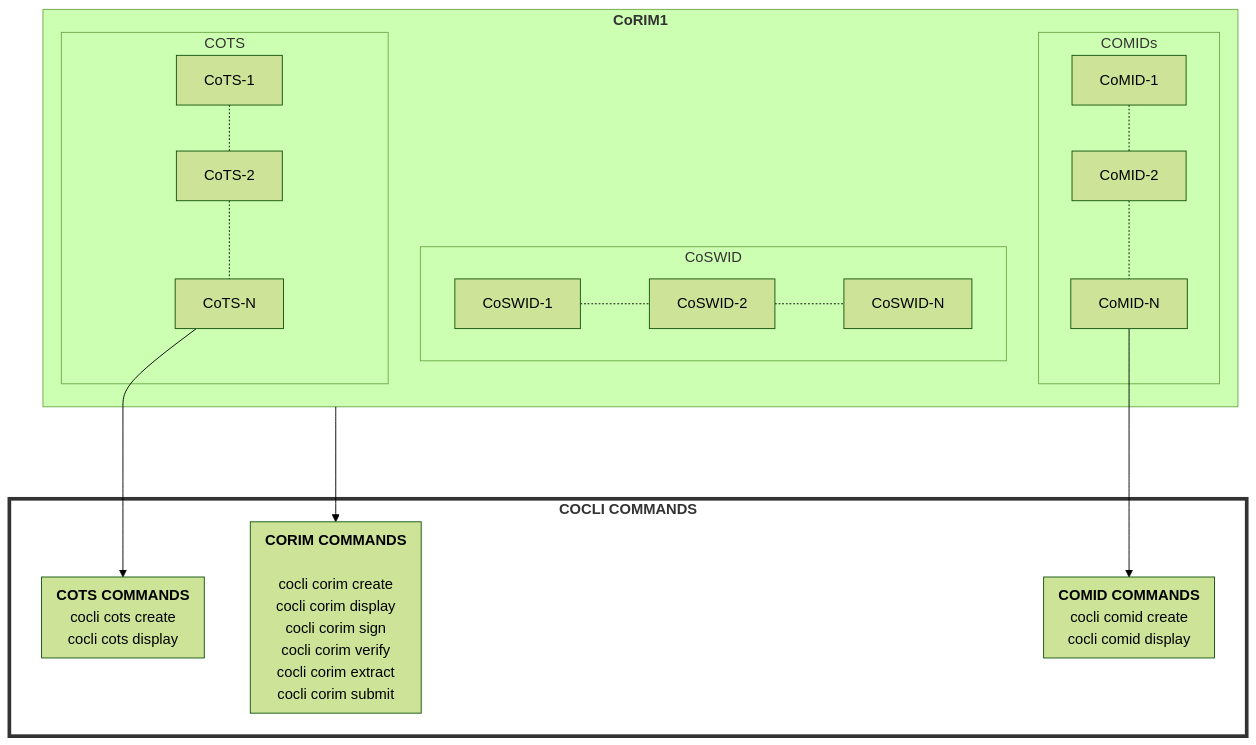
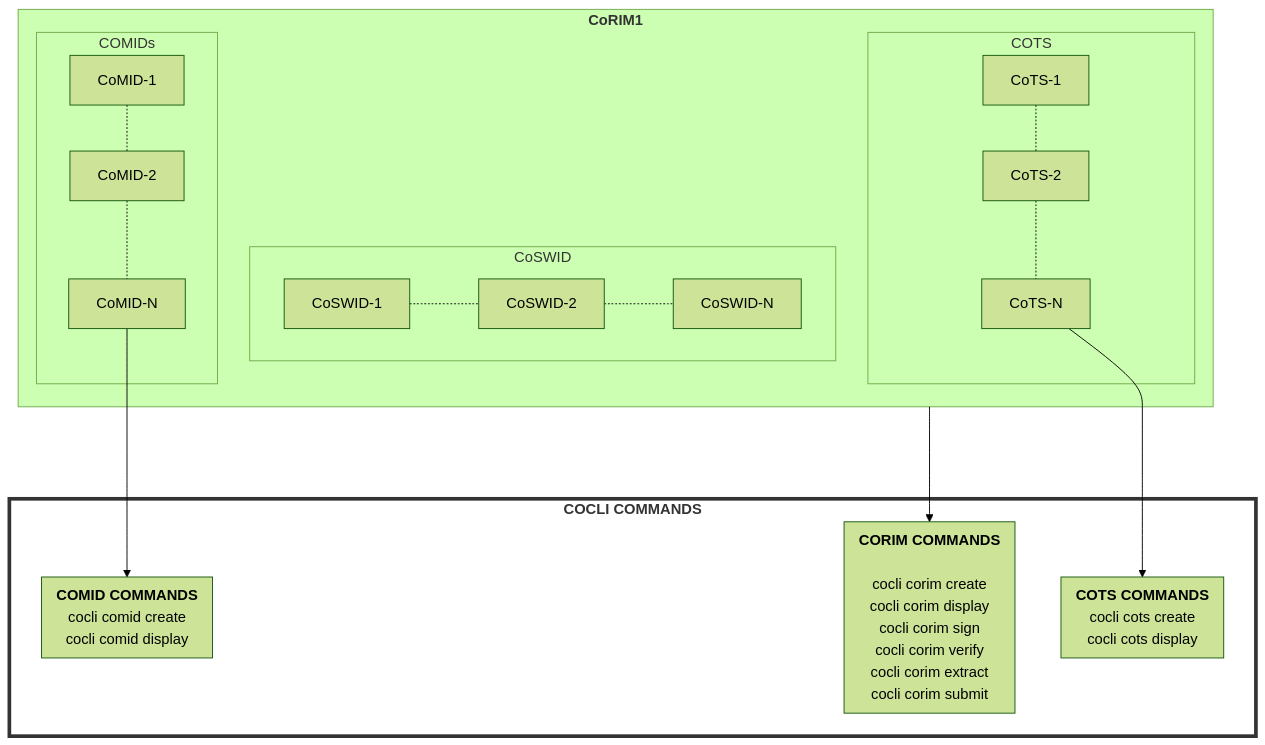
The diagram in test-diagram.md (yogeshbdeshpande/veraison-cca-integration), drawn with Mermaid (forest theme) before and after one commit.

````diff
--- a/test-diagram.md
+++ b/test-diagram.md
@@ -1,42 +1,43 @@
 ```mermaid 
 flowchart TD
   subgraph COCLI["<b>COCLI COMMANDS</b>"]
     style COCLI fill:#ffffff, stroke:#333,stroke-width:4px
     subgraph COTSCMD["<b>COTS COMMANDS</b> \n cocli cots create \n cocli cots display"]
     end
-    subgraph COMIDCMD["<b>COMID COMMANDS</b> \n cocli comid create \n cocli comid display"]
-    end
     subgraph CORIMCMD["<b>CORIM COMMANDS</b> \n
         cocli corim create \n cocli corim display \n cocli corim sign \n cocli corim verify\n cocli corim extract\n cocli corim submit"]
     end
+    subgraph COMIDCMD["<b>COMID COMMANDS</b> \n cocli comid create \n cocli comid display"]
+    end
+
   end
 subgraph CORIM["<b>CoRIM1</b>"]
       subgraph CoMID["COMIDs\n"]
         CM1["CoMID-1"]
         CM2["CoMID-2"]
         CM3["CoMID-N"]
         CM1  -.- CM2
         CM2  -.- CM3
         CM3 --> COMIDCMD
      end
      
     subgraph CoSWID["CoSWID\n"]
         CSW1["CoSWID-1"]
         CSW2["CoSWID-2"]
         CSW3["CoSWID-N"]
         CSW1  -.- CSW2
         CSW2 -.- CSW3
     end
 
     subgraph CoTS["COTS\n"]
         CS3["CoTS-N"]
         CS2["CoTS-2"]
         CS1["CoTS-1"]
         CS1  -.- CS2
         CS2  -.- CS3
         CS3 ---> COTSCMD
     end
 
 end
   CORIM ---> CORIMCMD
 ```
````
